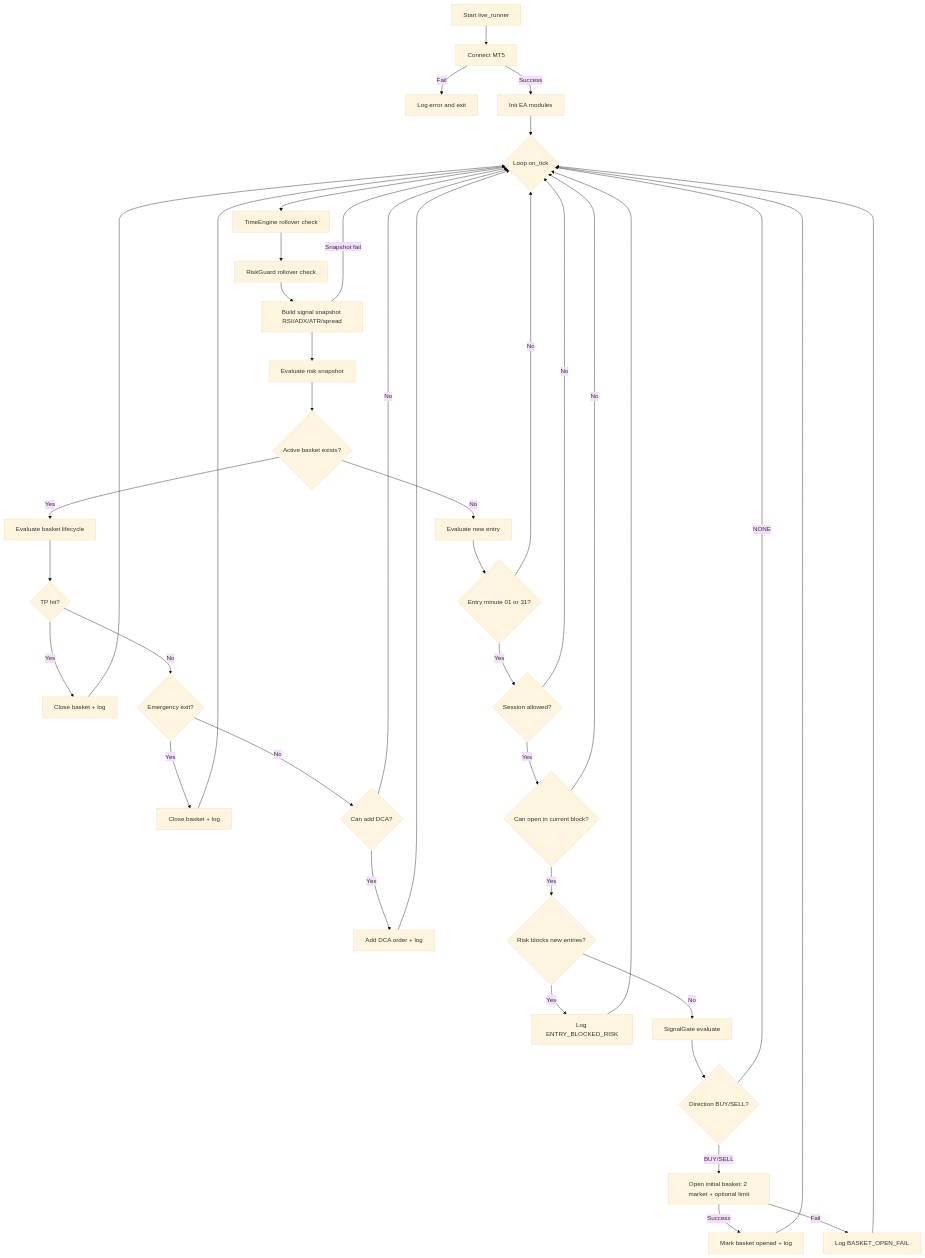
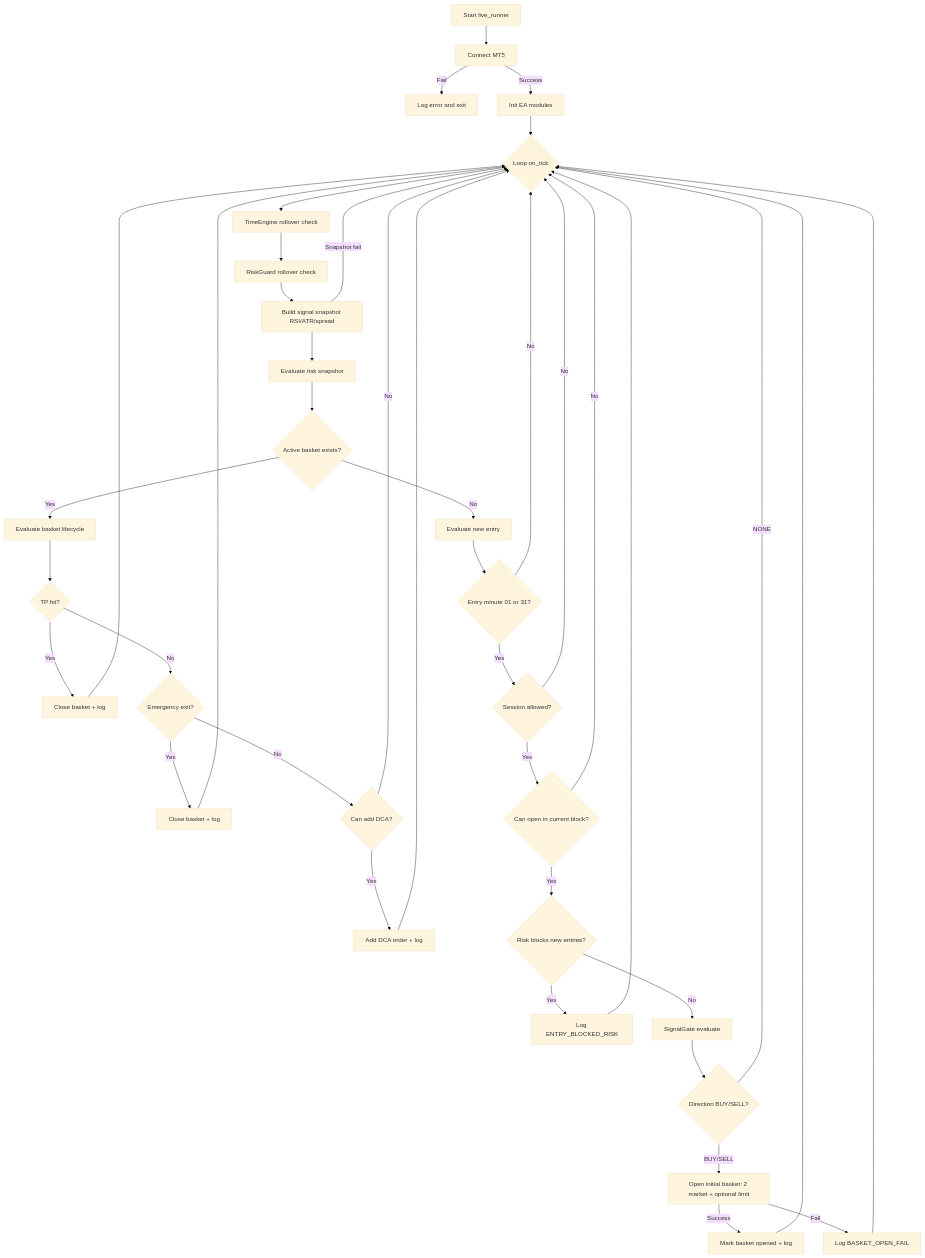
One commit to quachtinh113/Quant_EURUSD changed the diagram in docs/bot_flowchart.md. Above: the diagram before and after it, drawn with Mermaid (base theme). The commit also changed other lines of this file and 10 other files, not shown here.

````diff
--- a/docs/bot_flowchart.md
+++ b/docs/bot_flowchart.md
@@ -3,47 +3,47 @@
 ```mermaid
 flowchart TD
     A[Start live_runner] --> B[Connect MT5]
     B -->|Fail| B1[Log error and exit]
     B -->|Success| C[Init EA modules]
     C --> D{Loop on_tick}
 
     D --> E[TimeEngine rollover check]
     E --> F[RiskGuard rollover check]
-    F --> G[Build signal snapshot RSI/ADX/ATR/spread]
+    F --> G[Build signal snapshot RSI/ATR/spread]
     G -->|Snapshot fail| D
     G --> H[Evaluate risk snapshot]
 
     H --> I{Active basket exists?}
     I -->|Yes| J[Evaluate basket lifecycle]
     I -->|No| N[Evaluate new entry]
 
     J --> J1{TP hit?}
     J1 -->|Yes| J2[Close basket + log]
     J1 -->|No| J3{Emergency exit?}
     J3 -->|Yes| J4[Close basket + log]
     J3 -->|No| J5{Can add DCA?}
     J5 -->|Yes| J6[Add DCA order + log]
     J5 -->|No| D
     J2 --> D
     J4 --> D
     J6 --> D
 
     N --> N1{Entry minute 01 or 31?}
     N1 -->|No| D
     N1 -->|Yes| N2{Session allowed?}
     N2 -->|No| D
     N2 -->|Yes| N3{Can open in current block?}
     N3 -->|No| D
     N3 -->|Yes| N4{Risk blocks new entries?}
     N4 -->|Yes| N5[Log ENTRY_BLOCKED_RISK]
     N4 -->|No| N6[SignalGate evaluate]
     N5 --> D
 
     N6 --> N7{Direction BUY/SELL?}
     N7 -->|NONE| D
     N7 -->|BUY/SELL| N8[Open initial basket: 2 market + optional limit]
     N8 -->|Success| N9[Mark basket opened + log]
     N8 -->|Fail| N10[Log BASKET_OPEN_FAIL]
     N9 --> D
     N10 --> D
 ```
````
